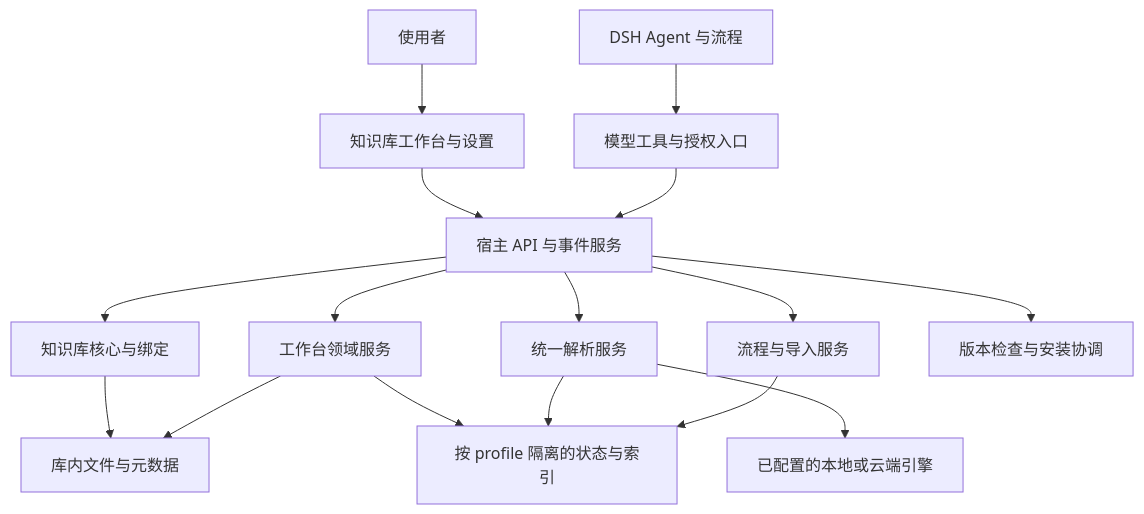
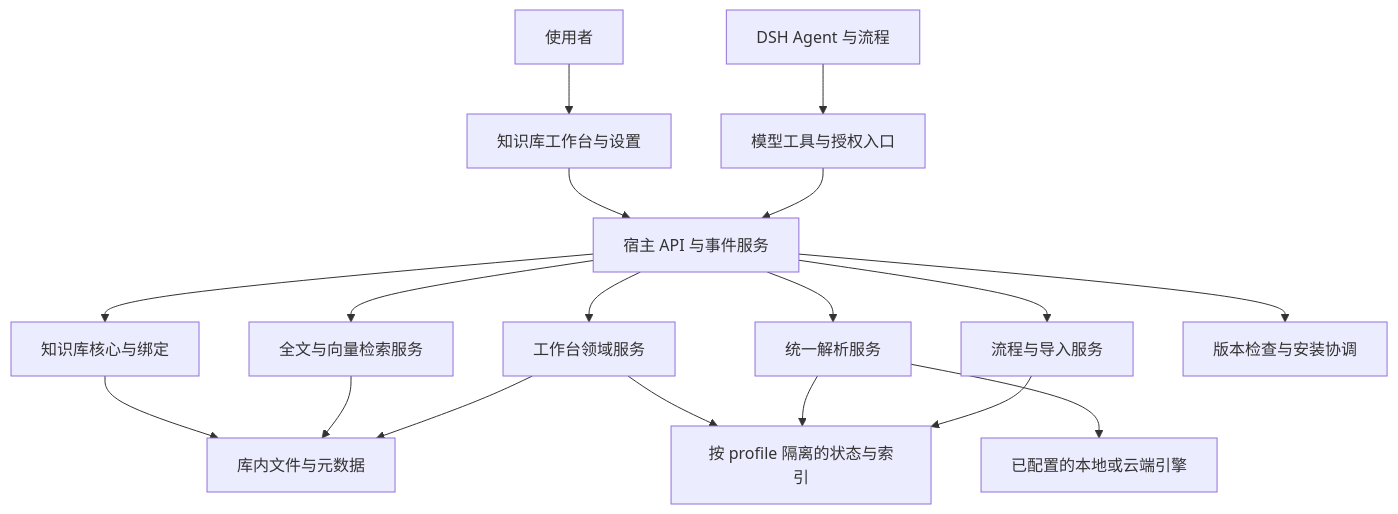
The diagram in PROJECT-RECORD.md (KingsleyAsher/Personal-Knowledge-Base), drawn with Mermaid before and after one commit. The commit also changed other lines of this file and 7 other files, not shown here.

````diff
--- a/PROJECT-RECORD.md
+++ b/PROJECT-RECORD.md
@@ -68,18 +72,20 @@
 ```mermaid
 flowchart TD
     U[使用者] --> C[知识库工作台与设置]
     A[DSH Agent 与流程] --> T[模型工具与授权入口]
     C --> H[宿主 API 与事件服务]
     T --> H
     H --> K[知识库核心与绑定]
     H --> W[工作台领域服务]
     H --> P[统一解析服务]
     H --> F[流程与导入服务]
+    H --> Q[全文与向量检索服务]
     H --> R[版本检查与安装协调]
     K --> D[库内文件与元数据]
+    Q --> D
     W --> D
     W --> S[按 profile 隔离的状态与索引]
     P --> S
     F --> S
     P --> E[已配置的本地或云端引擎]
 ```
````
